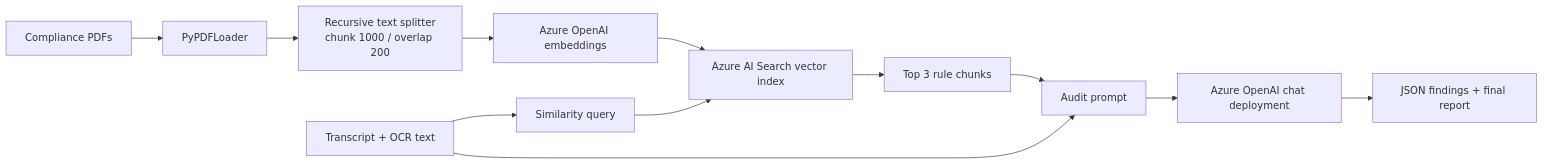
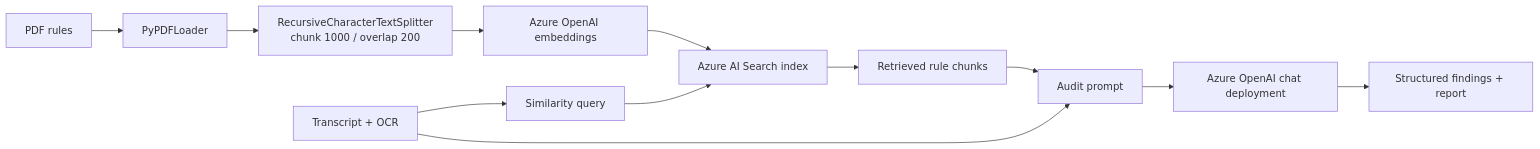
Before and after one commit to Sumit-Prasad01/BRAND-GUARDIAN-AI: the fourth of 4 diagrams in README.md, drawn with Mermaid. The commit also changed other lines of this file, not shown here.

````diff
--- a/README.md
+++ b/README.md
@@ -95,15 +104,15 @@
 ```mermaid
 flowchart LR
-    PDFs[Compliance PDFs] --> Loader[PyPDFLoader]
-    Loader --> Splitter[Recursive text splitter<br/>chunk 1000 / overlap 200]
-    Splitter --> Embed[Azure OpenAI embeddings]
-    Embed --> Index[Azure AI Search vector index]
+    PDFs[PDF rules] --> Load[PyPDFLoader]
+    Load --> Split[RecursiveCharacterTextSplitter<br/>chunk 1000 / overlap 200]
+    Split --> Embed[Azure OpenAI embeddings]
+    Embed --> Index[Azure AI Search index]
 
-    Evidence[Transcript + OCR text] --> Query[Similarity query]
+    Evidence[Transcript + OCR] --> Query[Similarity query]
     Query --> Index
-    Index --> Chunks[Top 3 rule chunks]
-    Chunks --> Prompt[Audit prompt]
-    Evidence --> Prompt
+    Index --> Rules[Retrieved rule chunks]
+    Evidence --> Prompt[Audit prompt]
+    Rules --> Prompt
     Prompt --> Chat[Azure OpenAI chat deployment]
-    Chat --> Result[JSON findings + final report]
+    Chat --> Output[Structured findings + report]
 ```
````
